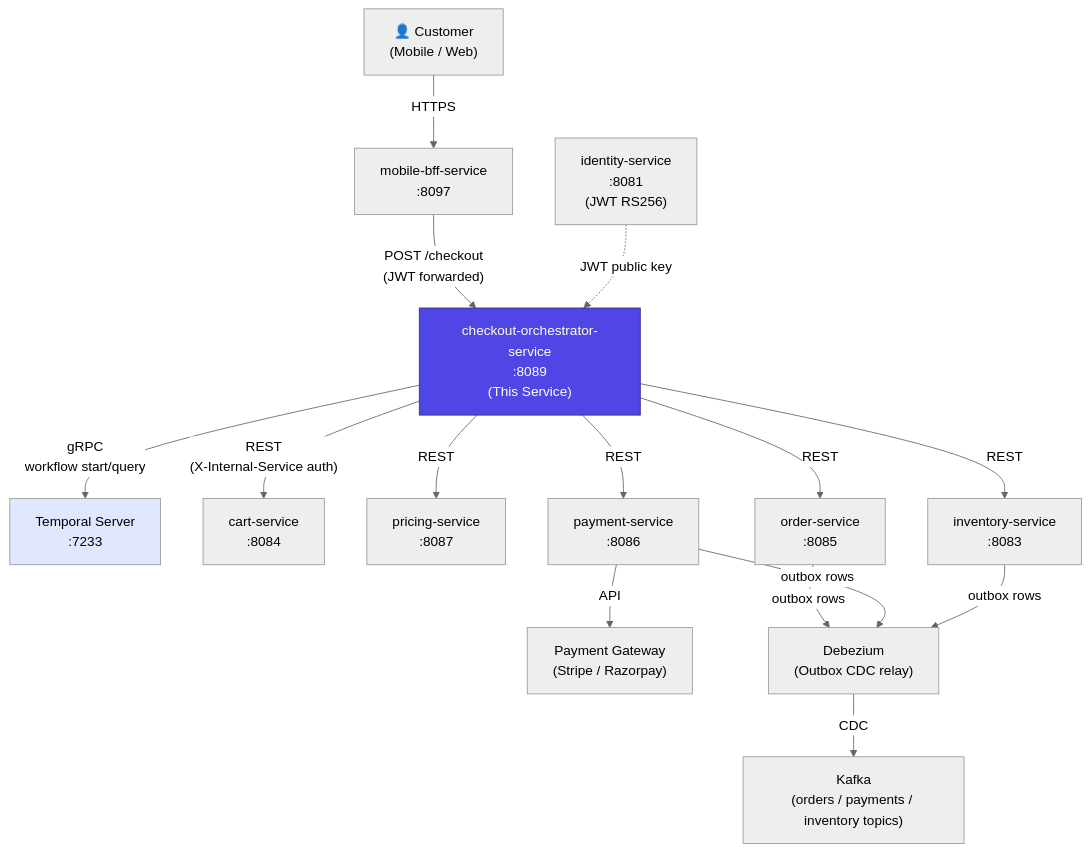
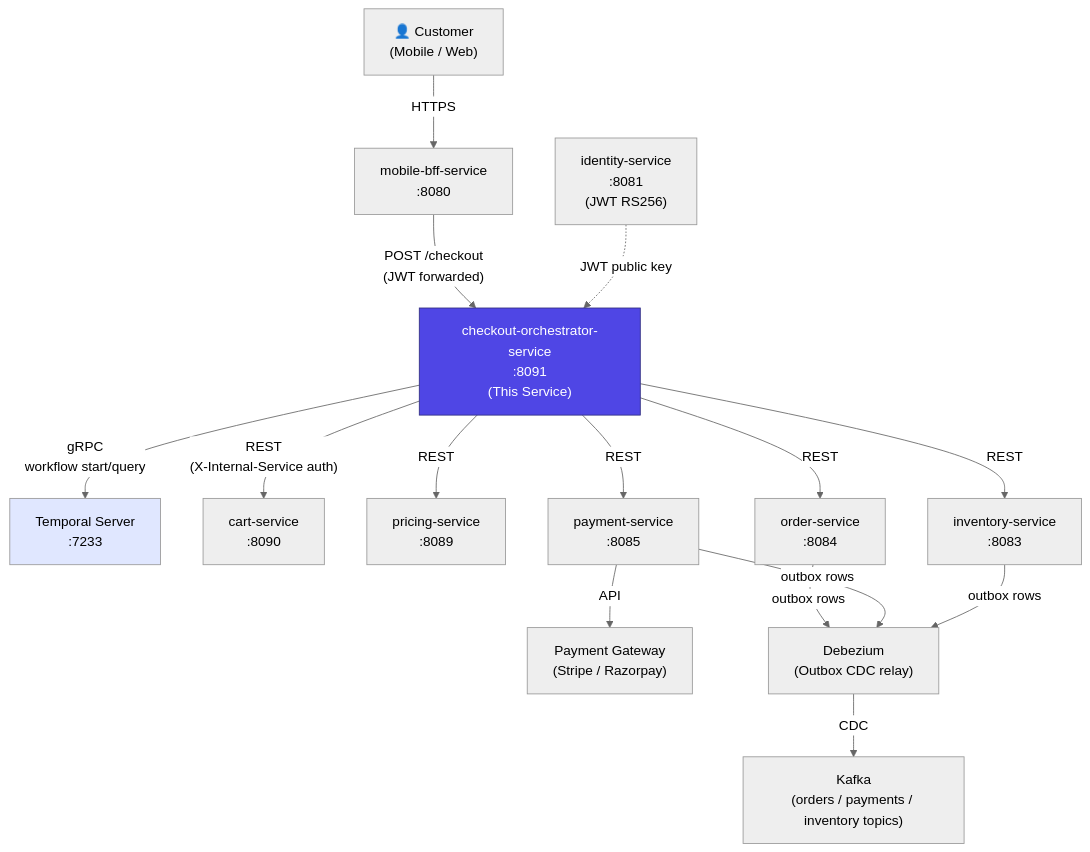
The first of 5 diagrams in services/checkout-orchestrator-service/README.md (sunitakeazycommerz-a11y/InstaCommerce), drawn with Mermaid (neutral theme) before and after one commit. The commit also changed other lines of this file and 33 other files, not shown here.

````diff
--- a/services/checkout-orchestrator-service/README.md
+++ b/services/checkout-orchestrator-service/README.md
@@ -93,35 +93,35 @@
 ```mermaid
 flowchart TB
     Customer["👤 Customer\n(Mobile / Web)"]
-    BFF["mobile-bff-service\n:8097"]
+    BFF["mobile-bff-service\n:8080"]
     Identity["identity-service\n:8081\n(JWT RS256)"]
-    CO["checkout-orchestrator-service\n:8089\n(This Service)"]
+    CO["checkout-orchestrator-service\n:8091\n(This Service)"]
     Temporal["Temporal Server\n:7233"]
-    Cart["cart-service\n:8084"]
-    Pricing["pricing-service\n:8087"]
+    Cart["cart-service\n:8090"]
+    Pricing["pricing-service\n:8089"]
     Inventory["inventory-service\n:8083"]
-    Payment["payment-service\n:8086"]
-    Order["order-service\n:8085"]
+    Payment["payment-service\n:8085"]
+    Order["order-service\n:8084"]
     PSP["Payment Gateway\n(Stripe / Razorpay)"]
     Kafka["Kafka\n(orders / payments / inventory topics)"]
     Debezium["Debezium\n(Outbox CDC relay)"]
 
     Customer -->|"HTTPS"| BFF
     BFF -->|"POST /checkout\n(JWT forwarded)"| CO
     CO -->|"gRPC\nworkflow start/query"| Temporal
     CO -->|"REST\n(X-Internal-Service auth)"| Cart
     CO -->|"REST"| Pricing
     CO -->|"REST"| Inventory
     CO -->|"REST"| Payment
     CO -->|"REST"| Order
     Payment -->|"API"| PSP
     Identity -.->|"JWT public key"| CO
 
     Order -->|"outbox rows"| Debezium
     Payment -->|"outbox rows"| Debezium
     Inventory -->|"outbox rows"| Debezium
     Debezium -->|"CDC"| Kafka
 
     style CO fill:#4f46e5,color:#fff,stroke:#312e81
     style Temporal fill:#e0e7ff,color:#000
 ```
````
